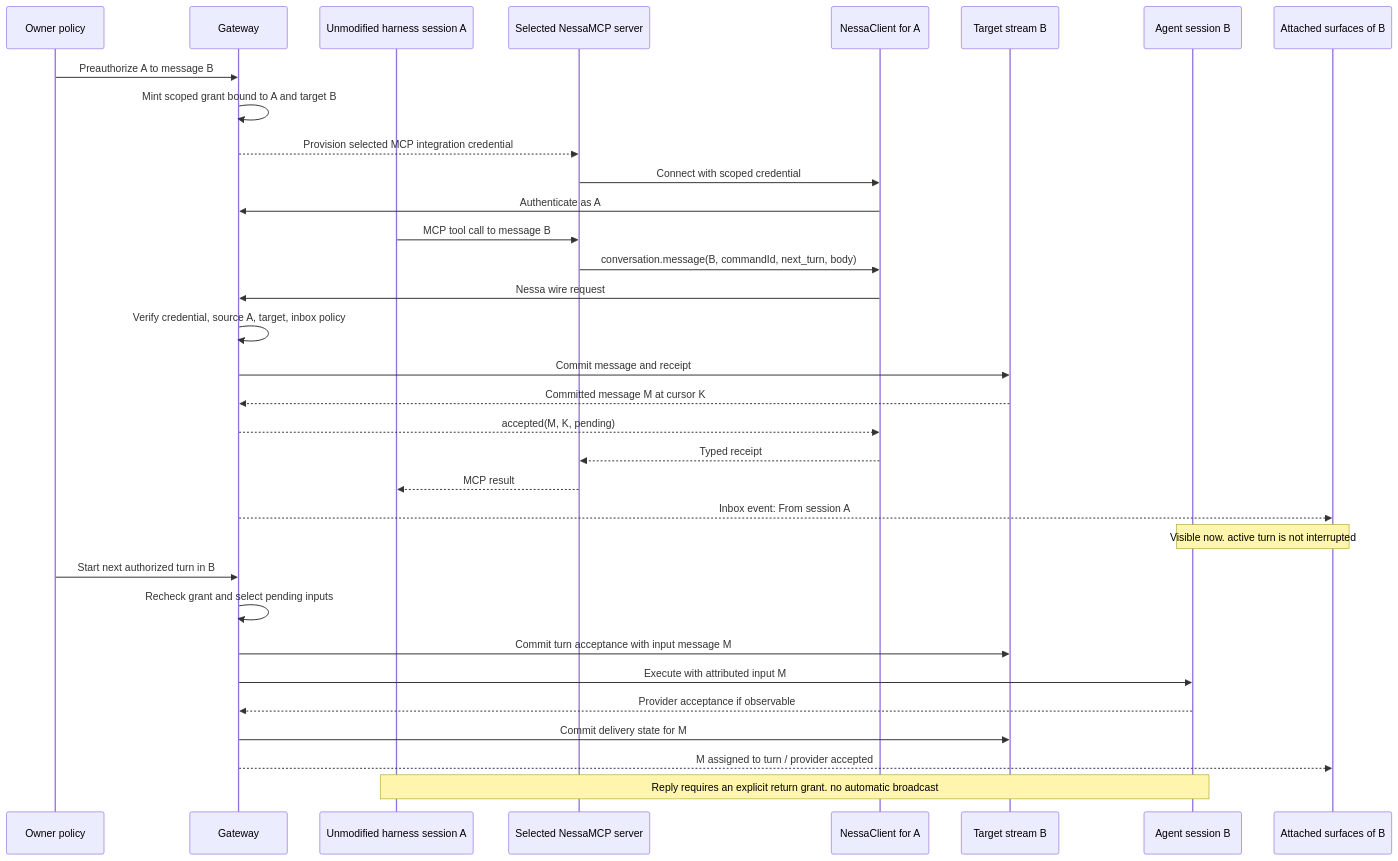
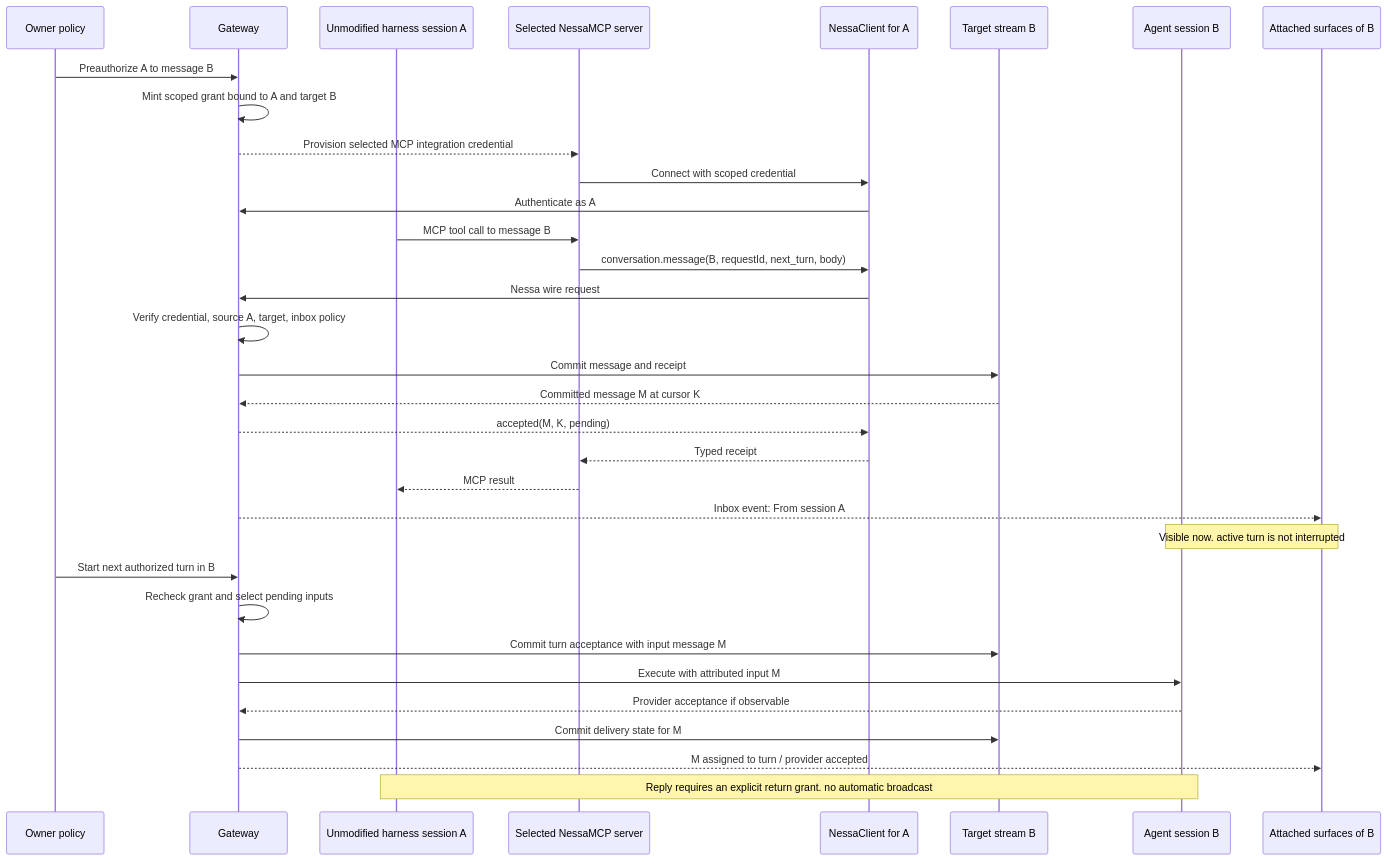
One commit to nessalabs/nessa-agent changed the third of 6 diagrams in docs/design/collaboration-sequences-and-mcp.md. Above: the diagram before and after it, drawn with Mermaid. The commit also changed other lines of this file and 6 other files, not shown here.

````diff
--- a/docs/design/collaboration-sequences-and-mcp.md
+++ b/docs/design/collaboration-sequences-and-mcp.md
@@ -138,35 +138,35 @@
 ```mermaid
 sequenceDiagram
     participant O as Owner policy
     participant G as Gateway
     participant A as Unmodified harness session A
     participant M as Selected NessaMCP server
     participant SDK as NessaClient for A
     participant S as Target stream B
     participant B as Agent session B
     participant UI as Attached surfaces of B
     O->>G: Preauthorize A to message B
     G->>G: Mint scoped grant bound to A and target B
     G-->>M: Provision selected MCP integration credential
     M->>SDK: Connect with scoped credential
     SDK->>G: Authenticate as A
     A->>M: MCP tool call to message B
-    M->>SDK: conversation.message(B, commandId, next_turn, body)
+    M->>SDK: conversation.message(B, requestId, next_turn, body)
     SDK->>G: Nessa wire request
     G->>G: Verify credential, source A, target, inbox policy
     G->>S: Commit message and receipt
     S-->>G: Committed message M at cursor K
     G-->>SDK: accepted(M, K, pending)
     SDK-->>M: Typed receipt
     M-->>A: MCP result
     G-->>UI: Inbox event: From session A
     Note over B,UI: Visible now. active turn is not interrupted
     O->>G: Start next authorized turn in B
     G->>G: Recheck grant and select pending inputs
     G->>S: Commit turn acceptance with input message M
     G->>B: Execute with attributed input M
     B-->>G: Provider acceptance if observable
     G->>S: Commit delivery state for M
     G-->>UI: M assigned to turn / provider accepted
     Note over A,B: Reply requires an explicit return grant. no automatic broadcast
 ```
````
